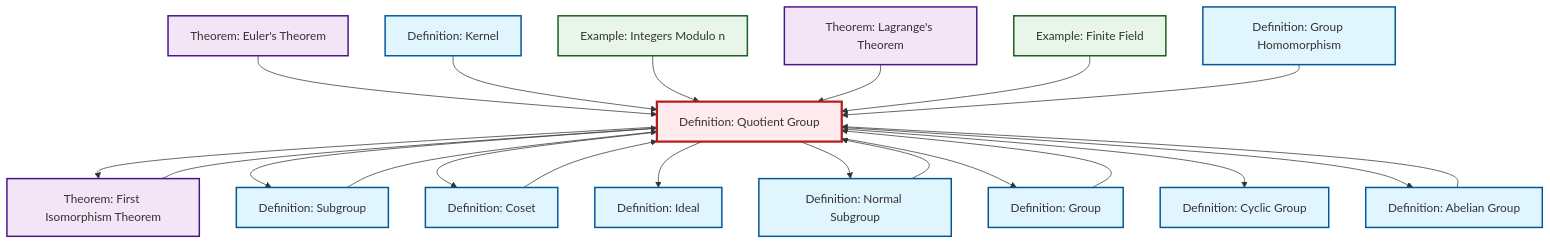
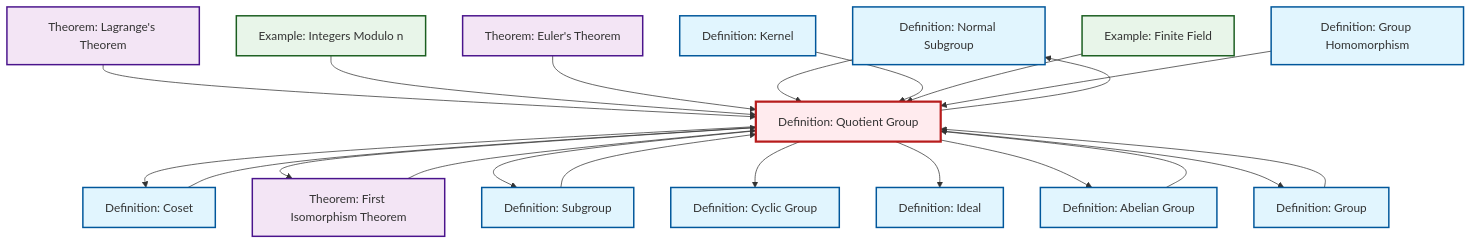
Before and after one commit to RK0429/ModernMath: the diagram in content/en/algebra/def-quotient-group.qmd, drawn with Mermaid. The commit also changed other lines of this file and 497 other files, not shown here.

````diff
--- a/content/en/algebra/def-quotient-group.qmd
+++ b/content/en/algebra/def-quotient-group.qmd
@@ -142,59 +142,59 @@
 ```{mermaid}
 %%| fig-cap: "Local dependency graph"
 graph TD
     classDef definition fill:#e1f5fe,stroke:#01579b,stroke-width:2px
     classDef theorem fill:#f3e5f5,stroke:#4a148c,stroke-width:2px
     classDef axiom fill:#fff3e0,stroke:#e65100,stroke-width:2px
     classDef example fill:#e8f5e9,stroke:#1b5e20,stroke-width:2px
     classDef current fill:#ffebee,stroke:#b71c1c,stroke-width:3px
+    def-normal-subgroup["Definition: Normal Subgroup"]:::definition
+    thm-first-isomorphism["Theorem: First Isomorphism Theorem"]:::theorem
+    def-kernel["Definition: Kernel"]:::definition
+    def-ideal["Definition: Ideal"]:::definition
+    def-homomorphism["Definition: Group Homomorphism"]:::definition
+    def-coset["Definition: Coset"]:::definition
+    ex-quotient-integers-mod-n["Example: Integers Modulo n"]:::example
+    thm-lagrange["Theorem: Lagrange's Theorem"]:::theorem
     def-quotient-group["Definition: Quotient Group"]:::definition
-    def-normal-subgroup["Definition: Normal Subgroup"]:::definition
     thm-euler["Theorem: Euler's Theorem"]:::theorem
+    def-cyclic-group["Definition: Cyclic Group"]:::definition
+    def-subgroup["Definition: Subgroup"]:::definition
+    def-group["Definition: Group"]:::definition
+    ex-finite-field["Example: Finite Field"]:::example
     def-abelian-group["Definition: Abelian Group"]:::definition
-    thm-lagrange["Theorem: Lagrange's Theorem"]:::theorem
-    thm-first-isomorphism["Theorem: First Isomorphism Theorem"]:::theorem
-    def-coset["Definition: Coset"]:::definition
-    def-ideal["Definition: Ideal"]:::definition
-    def-kernel["Definition: Kernel"]:::definition
-    ex-finite-field["Example: Finite Field"]:::example
-    def-homomorphism["Definition: Group Homomorphism"]:::definition
-    ex-quotient-integers-mod-n["Example: Integers Modulo n"]:::example
-    def-cyclic-group["Definition: Cyclic Group"]:::definition
-    def-group["Definition: Group"]:::definition
-    def-subgroup["Definition: Subgroup"]:::definition
+    thm-lagrange --> def-quotient-group
+    def-subgroup --> def-quotient-group
+    def-quotient-group --> def-coset
+    ex-quotient-integers-mod-n --> def-quotient-group
     def-quotient-group --> thm-first-isomorphism
-    thm-first-isomorphism --> def-quotient-group
+    def-coset --> def-quotient-group
+    thm-euler --> def-quotient-group
     def-quotient-group --> def-subgroup
-    def-quotient-group --> def-coset
-    def-abelian-group --> def-quotient-group
-    thm-euler --> def-quotient-group
-    def-subgroup --> def-quotient-group
-    def-quotient-group --> def-ideal
+    def-quotient-group --> def-normal-subgroup
+    def-quotient-group --> def-cyclic-group
+    def-normal-subgroup --> def-quotient-group
     def-kernel --> def-quotient-group
-    def-quotient-group --> def-normal-subgroup
-    ex-quotient-integers-mod-n --> def-quotient-group
-    def-quotient-group --> def-group
-    def-coset --> def-quotient-group
-    thm-lagrange --> def-quotient-group
-    def-normal-subgroup --> def-quotient-group
     def-group --> def-quotient-group
     ex-finite-field --> def-quotient-group
+    def-abelian-group --> def-quotient-group
+    def-quotient-group --> def-ideal
+    thm-first-isomorphism --> def-quotient-group
+    def-quotient-group --> def-abelian-group
+    def-quotient-group --> def-group
     def-homomorphism --> def-quotient-group
-    def-quotient-group --> def-cyclic-group
-    def-quotient-group --> def-abelian-group
     class def-quotient-group current
     click def-normal-subgroup "def-normal-subgroup.html" "Go to Normal Subgroup definition"
+    click thm-first-isomorphism "thm-first-isomorphism.html" "Go to First Isomorphism Theorem theorem"
+    click def-kernel "def-kernel.html" "Go to Kernel definition"
+    click def-ideal "def-ideal.html" "Go to Ideal definition"
+    click def-homomorphism "def-homomorphism.html" "Go to Group Homomorphism definition"
+    click def-coset "def-coset.html" "Go to Coset definition"
+    click ex-quotient-integers-mod-n "ex-quotient-integers-mod-n.html" "Go to Integers Modulo n example"
+    click thm-lagrange "thm-lagrange.html" "Go to Lagrange's Theorem theorem"
     click thm-euler "thm-euler.html" "Go to Euler's Theorem theorem"
+    click def-cyclic-group "def-cyclic-group.html" "Go to Cyclic Group definition"
+    click def-subgroup "def-subgroup.html" "Go to Subgroup definition"
+    click def-group "def-group.html" "Go to Group definition"
+    click ex-finite-field "ex-finite-field.html" "Go to Finite Field example"
     click def-abelian-group "def-abelian-group.html" "Go to Abelian Group definition"
-    click thm-lagrange "thm-lagrange.html" "Go to Lagrange's Theorem theorem"
-    click thm-first-isomorphism "thm-first-isomorphism.html" "Go to First Isomorphism Theorem theorem"
-    click def-coset "def-coset.html" "Go to Coset definition"
-    click def-ideal "def-ideal.html" "Go to Ideal definition"
-    click def-kernel "def-kernel.html" "Go to Kernel definition"
-    click ex-finite-field "ex-finite-field.html" "Go to Finite Field example"
-    click def-homomorphism "def-homomorphism.html" "Go to Group Homomorphism definition"
-    click ex-quotient-integers-mod-n "ex-quotient-integers-mod-n.html" "Go to Integers Modulo n example"
-    click def-cyclic-group "def-cyclic-group.html" "Go to Cyclic Group definition"
-    click def-group "def-group.html" "Go to Group definition"
-    click def-subgroup "def-subgroup.html" "Go to Subgroup definition"
 ```
````
